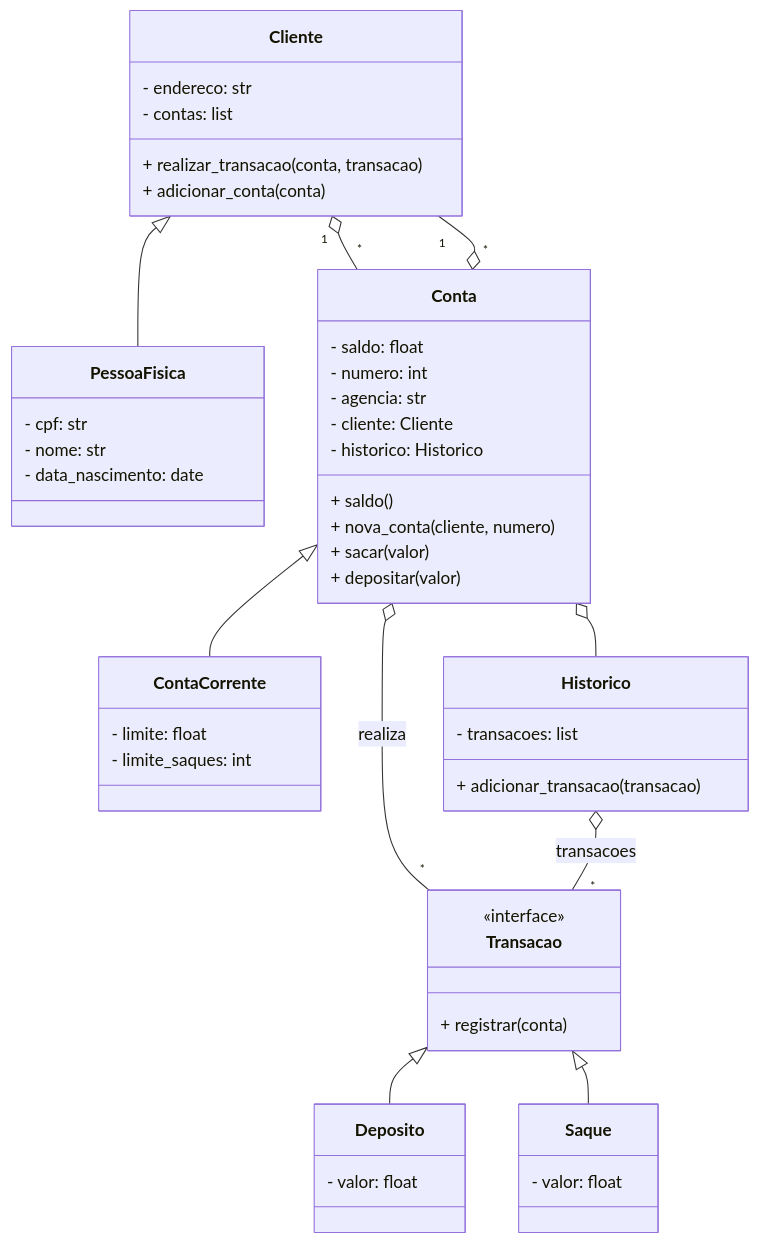
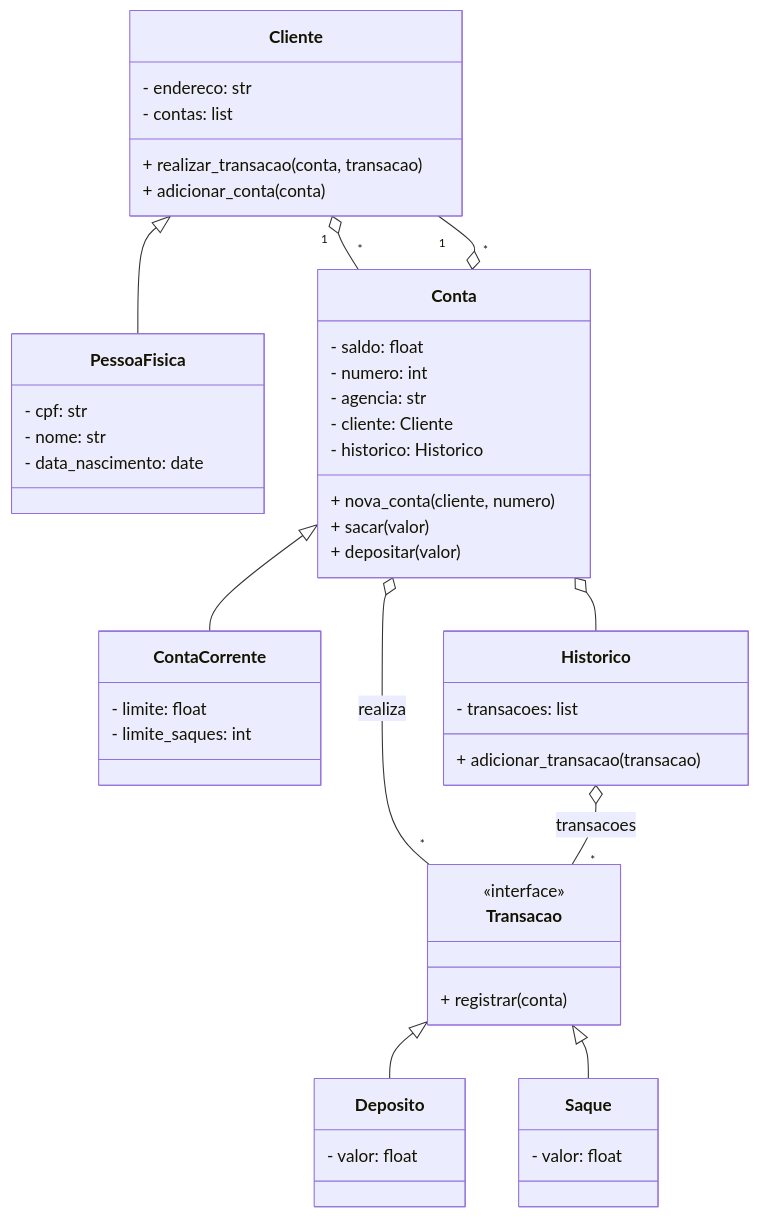
One commit to rodrigomfaria/desafio-python-oo changed the diagram in README.md. Above: the diagram before and after it, drawn with Mermaid. The commit also changed 2 other files, not shown here.

Commit message:
feat: add python version

````diff
--- a/README.md
+++ b/README.md
@@ -7,53 +7,52 @@
 ```mermaid
 classDiagram
     class Cliente {
         - endereco: str
         - contas: list
         + realizar_transacao(conta, transacao)
         + adicionar_conta(conta)
     }
     class PessoaFisica {
         - cpf: str
         - nome: str
         - data_nascimento: date
     }
     class Conta {
         - saldo: float
         - numero: int
         - agencia: str
         - cliente: Cliente
         - historico: Historico
-        + saldo()
         + nova_conta(cliente, numero)
         + sacar(valor)
         + depositar(valor)
     }
     class ContaCorrente {
         - limite: float
         - limite_saques: int
     }
     class Historico {
         - transacoes: list
         + adicionar_transacao(transacao)
     }
     class Transacao {
         <<interface>>
         + registrar(conta)
     }
     class Deposito {
         - valor: float
     }
     class Saque {
         - valor: float
     }
 
     Cliente <|-- PessoaFisica
     Conta <|-- ContaCorrente
     Transacao <|-- Deposito
     Transacao <|-- Saque
     Conta o-- Historico
     Cliente "1" o-- "*" Conta
     Conta "*" o-- "1" Cliente
     Conta o-- "*" Transacao : realiza
     Historico o-- "*" Transacao : transacoes
 ```
````
